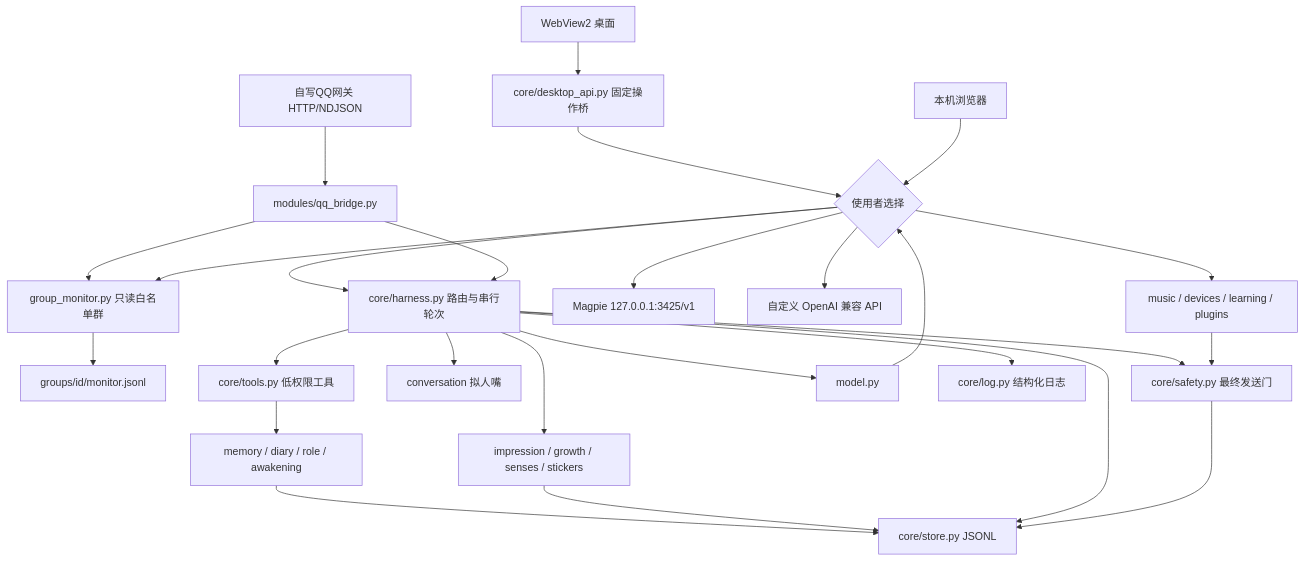
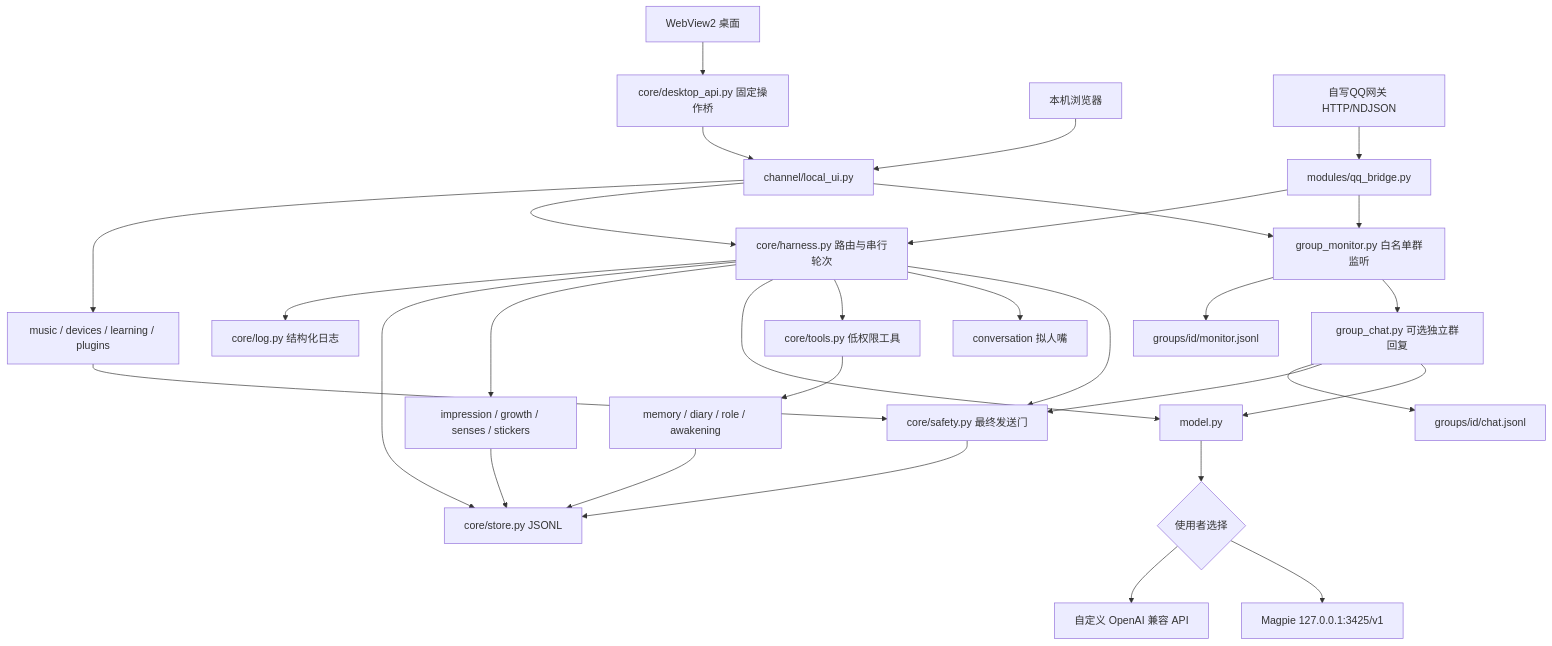
Before and after one commit to TakoIsZen22/QQ-ChatBot: the diagram in 架构文档.md, drawn with Mermaid. The commit also changed other lines of this file and 95 other files, not shown here.

Commit message:
Release 1.10 editions with QQ login, group chat and fixed edition suffixes

````diff
--- a/架构文档.md
+++ b/架构文档.md
@@ -5,28 +5,32 @@
 ```mermaid
 flowchart TD
   DESK[WebView2 桌面] --> BRIDGE[core/desktop_api.py 固定操作桥]
   BRIDGE --> API
   UI[本机浏览器] --> API[channel/local_ui.py]
   QQ[自写QQ网关 HTTP/NDJSON] --> BR[modules/qq_bridge.py]
-  BR --> GM[group_monitor.py 只读白名单群]
+  BR --> GM[group_monitor.py 白名单群监听]
+  GM --> GC[group_chat.py 可选独立群回复]
+  GC --> MODEL
+  GC --> SAFE
   GM --> GROUPS[groups/id/monitor.jsonl]
+  GC --> GROUPCHAT[groups/id/chat.jsonl]
   API --> GM
   API --> H[core/harness.py 路由与串行轮次]
   BR --> H
   H --> SAFE[core/safety.py 最终发送门]
   H --> CONV[conversation 拟人嘴]
   H --> DISP[core/tools.py 低权限工具]
   H --> MODEL[model.py]
-  MODEL --> API{使用者选择}
-  API --> MAG[Magpie 127.0.0.1:3425/v1]
-  API --> CUSTOM[自定义 OpenAI 兼容 API]
+  MODEL --> PROVIDER{使用者选择}
+  PROVIDER --> MAG[Magpie 127.0.0.1:3425/v1]
+  PROVIDER --> CUSTOM[自定义 OpenAI 兼容 API]
   DISP --> MEM[memory / diary / role / awakening]
   H --> AUX[impression / growth / senses / stickers]
   API --> HIGH[music / devices / learning / plugins]
   HIGH --> SAFE
   MEM --> STORE[core/store.py JSONL]
   AUX --> STORE
   H --> STORE
   SAFE --> STORE
   H --> LOG[core/log.py 结构化日志]
 ```
````
